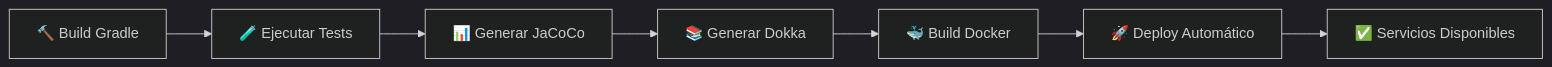
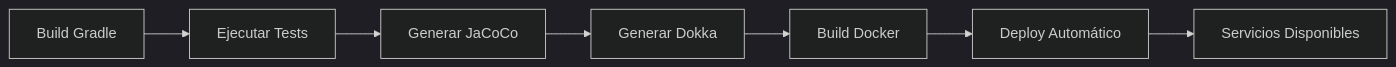
The diagram in README.md (Aragorn7372/TrabajoProgramacionSegundo), drawn with Mermaid (dark theme) before and after one commit. The commit also changed other lines of this file and 7 other files, not shown here.

````diff
--- a/README.md
+++ b/README.md
@@ -552,9 +405,9 @@
 ```mermaid
 graph LR
-    A[🔨 Build Gradle] --> B[🧪 Ejecutar Tests]
-    B --> C[📊 Generar JaCoCo]
-    C --> D[📚 Generar Dokka]
-    D --> E[🐳 Build Docker]
-    E --> F[🚀 Deploy Automático]
-    F --> G[✅ Servicios Disponibles]
+    A[Build Gradle] --> B[Ejecutar Tests]
+    B --> C[Generar JaCoCo]
+    C --> D[Generar Dokka]
+    D --> E[Build Docker]
+    E --> F[Deploy Automático]
+    F --> G[Servicios Disponibles]
 ```
````
